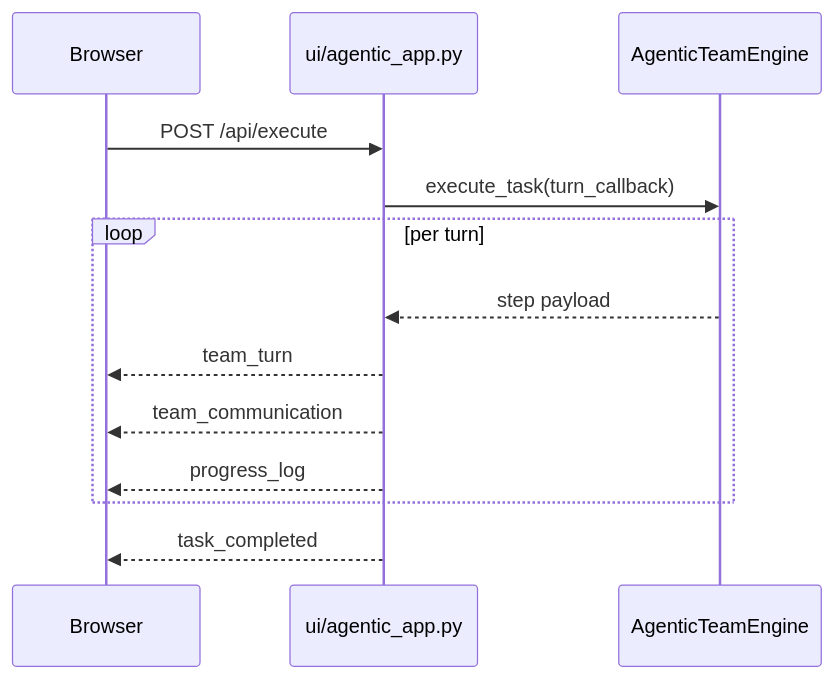
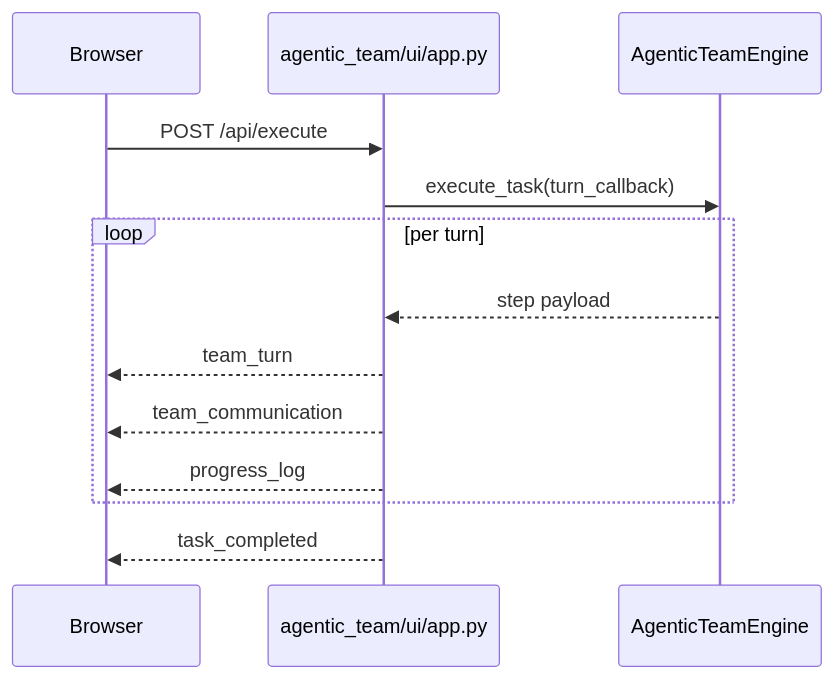
One commit to KhaiTrang1995/AI-Agents-Orchestrator changed the fifth of 18 diagrams in FEATURES.md. Above: the diagram before and after it, drawn with Mermaid. The commit also changed other lines of this file and 261 other files, not shown here.

First line of the commit message:
Major project restructure: separate agentic team from orchestrator

````diff
--- a/FEATURES.md
+++ b/FEATURES.md
@@ -139,15 +139,15 @@
 ```mermaid
 sequenceDiagram
     participant UI as Browser
-    participant API as ui/agentic_app.py
+    participant API as agentic_team/ui/app.py
     participant ENG as AgenticTeamEngine
     UI->>API: POST /api/execute
     API->>ENG: execute_task(turn_callback)
     loop per turn
         ENG-->>API: step payload
         API-->>UI: team_turn
         API-->>UI: team_communication
         API-->>UI: progress_log
     end
     API-->>UI: task_completed
 ```
````
